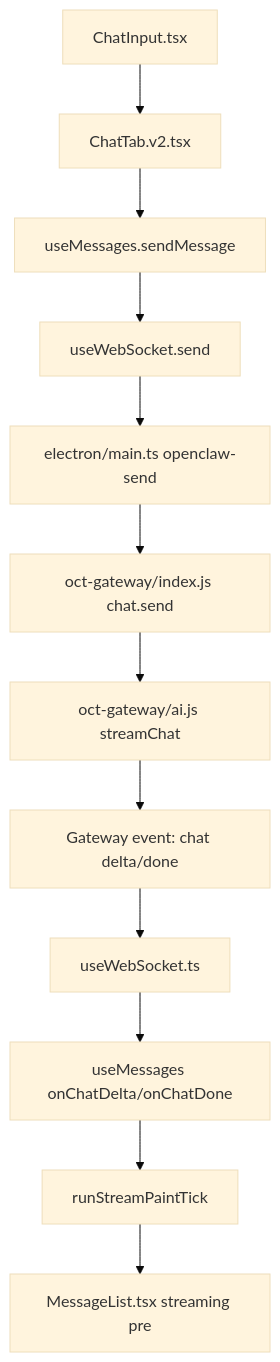
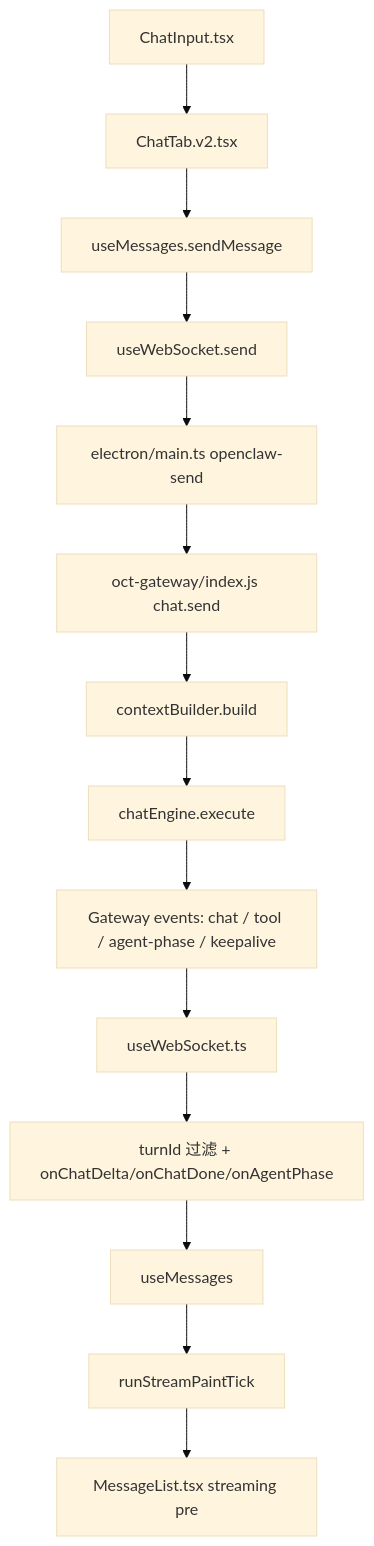
The diagram in docs/00_ai_entry/chat-stream-entry.md (zl585451/openclaw-terminal), drawn with Mermaid (base theme) before and after one commit. The commit also changed other lines of this file, not shown here.

First line of the commit message:
docs(entry): chat-stream-entry 补齐 turnId 与状态事件语义

````diff
--- a/docs/00_ai_entry/chat-stream-entry.md
+++ b/docs/00_ai_entry/chat-stream-entry.md
@@ -17,14 +17,16 @@
 ```mermaid
 flowchart TD
   A[ChatInput.tsx] --> B[ChatTab.v2.tsx]
   B --> C[useMessages.sendMessage]
   C --> D[useWebSocket.send]
   D --> E[electron/main.ts openclaw-send]
   E --> F[oct-gateway/index.js chat.send]
-  F --> G[oct-gateway/ai.js streamChat]
-  G --> H[Gateway event: chat delta/done]
-  H --> I[useWebSocket.ts]
-  I --> J[useMessages onChatDelta/onChatDone]
-  J --> K[runStreamPaintTick]
-  K --> L[MessageList.tsx streaming pre]
+  F --> G[contextBuilder.build]
+  G --> H[chatEngine.execute]
+  H --> I[Gateway events: chat / tool / agent-phase / keepalive]
+  I --> J[useWebSocket.ts]
+  J --> K[turnId 过滤 + onChatDelta/onChatDone/onAgentPhase]
+  K --> L[useMessages]
+  L --> M[runStreamPaintTick]
+  M --> N[MessageList.tsx streaming pre]
 ```
````
